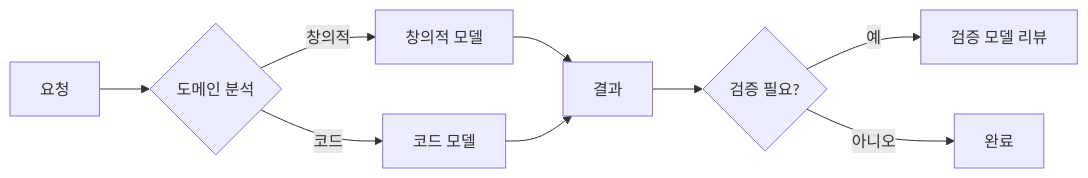
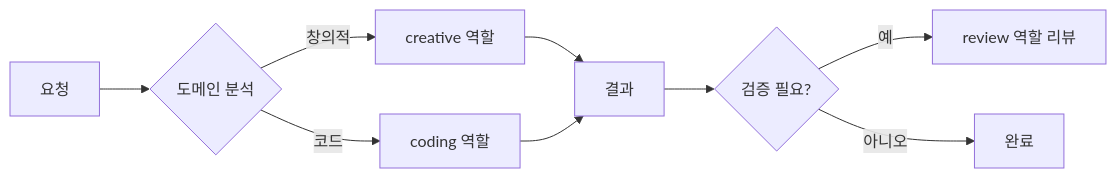
The second of 3 diagrams in docs/wiki/guides/model-routing.md (pheanor-agent/p-hermes), drawn with Mermaid before and after one commit. The commit also changed other lines of this file and 11 other files, not shown here.

````diff
--- a/docs/wiki/guides/model-routing.md
+++ b/docs/wiki/guides/model-routing.md
@@ -134,11 +184,11 @@
 ```mermaid
 flowchart LR
     A[요청] --> B{도메인 분석}
-    B -->|창의적| C[창의적 모델]
-    B -->|코드| D[코드 모델]
+    B -->|창의적| C[creative 역할]
+    B -->|코드| D[coding 역할]
     C --> E[결과]
     D --> E
     E --> F{검증 필요?}
-    F -->|예| G[검증 모델 리뷰]
+    F -->|예| G[review 역할 리뷰]
     F -->|아니오| H[완료]
 ```
````
